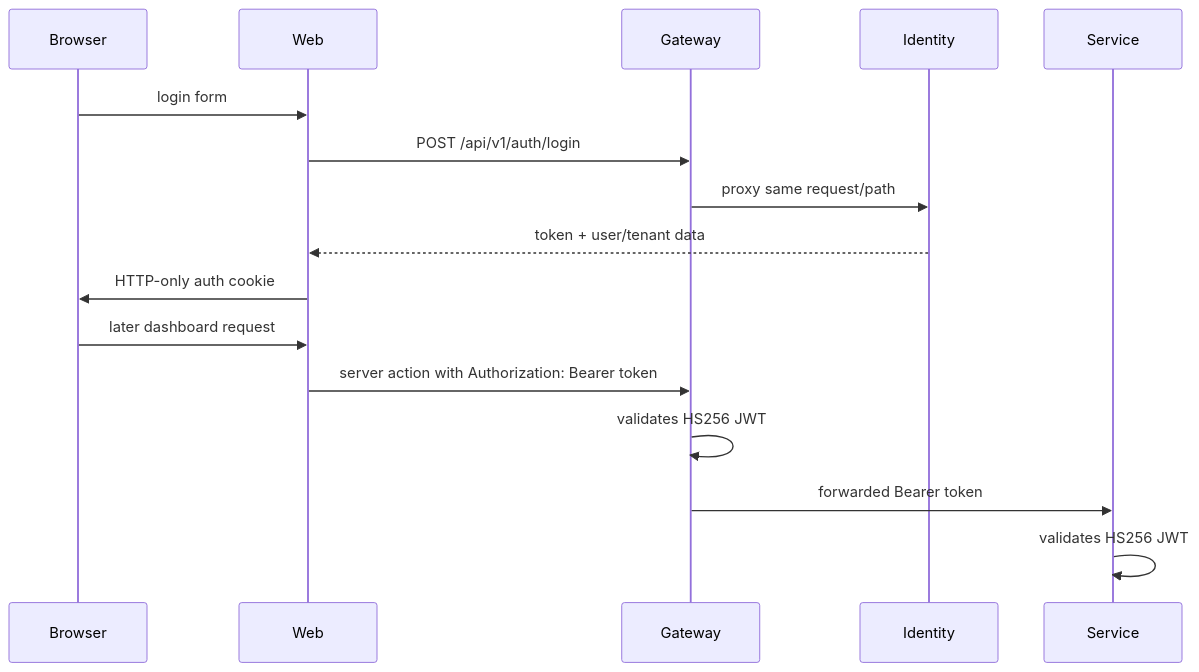
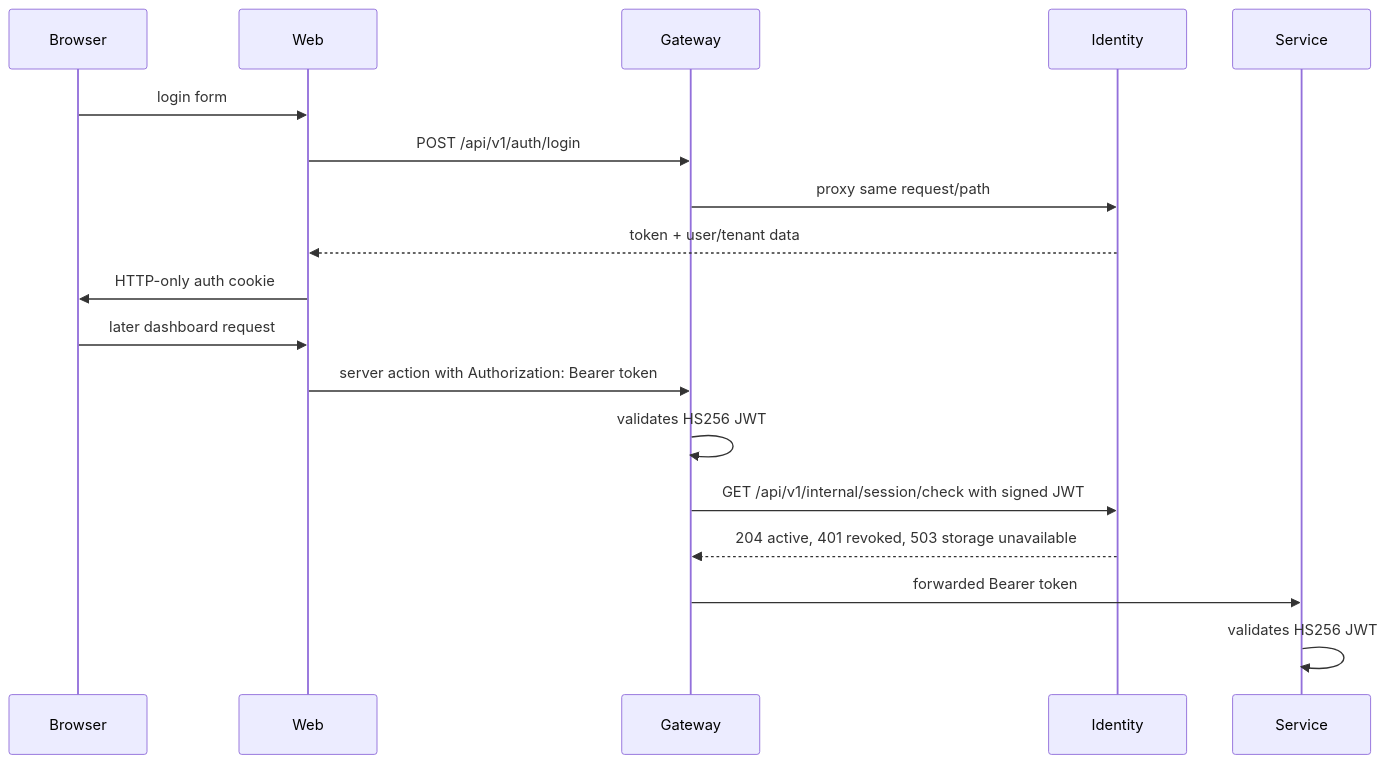
Before and after one commit to kelolakelas/kelolakelas-docs: the diagram in docs/api/authentication.md, drawn with Mermaid. The commit also changed other lines of this file and 11 other files, not shown here.

Commit message:
KEL-66: document reset tokens and gateway session boundary (#58)

````diff
--- a/docs/api/authentication.md
+++ b/docs/api/authentication.md
@@ -7,17 +7,19 @@
 ```mermaid
 sequenceDiagram
   participant Browser
   participant Web
   participant Gateway
   participant Identity
   Browser->>Web: login form
   Web->>Gateway: POST /api/v1/auth/login
   Gateway->>Identity: proxy same request/path
   Identity-->>Web: token + user/tenant data
   Web->>Browser: HTTP-only auth cookie
   Browser->>Web: later dashboard request
   Web->>Gateway: server action with Authorization: Bearer token
   Gateway->>Gateway: validates HS256 JWT
+  Gateway->>Identity: GET /api/v1/internal/session/check with signed JWT
+  Identity-->>Gateway: 204 active, 401 revoked, 503 storage unavailable
   Gateway->>Service: forwarded Bearer token
   Service->>Service: validates HS256 JWT
 ```
````
